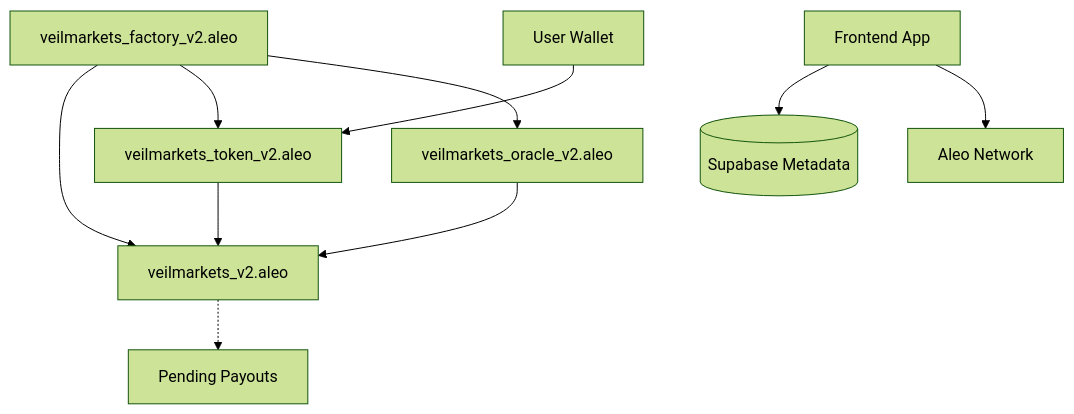
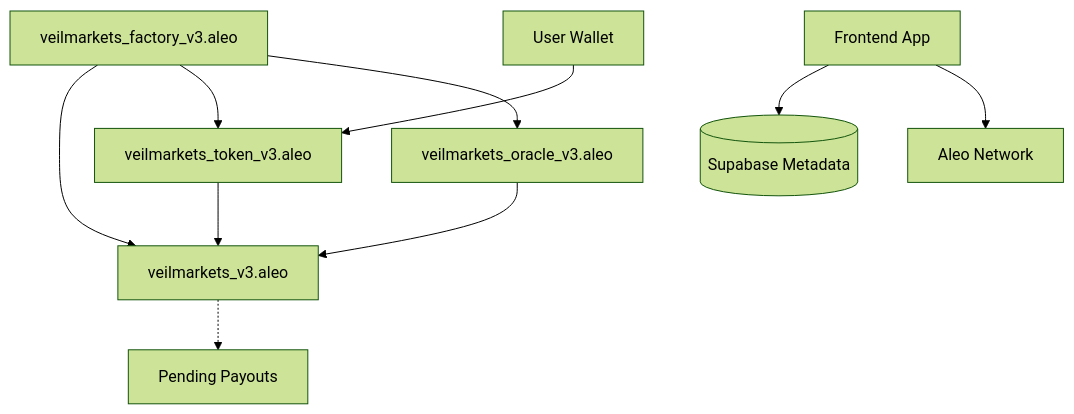
The diagram in README.md (Psalmuel01/VeilMarkets), drawn with Mermaid (forest theme) before and after one commit. The commit also changed other lines of this file and 12 other files, not shown here.

````diff
--- a/README.md
+++ b/README.md
@@ -74,14 +74,14 @@
 ```mermaid
 graph TD
-    Factory[veilmarkets_factory_v2.aleo] --> Core[veilmarkets_v2.aleo]
-    Factory --> Token[veilmarkets_token_v2.aleo]
-    Factory --> Oracle[veilmarkets_oracle_v2.aleo]
+    Factory[veilmarkets_factory_v3.aleo] --> Core[veilmarkets_v3.aleo]
+    Factory --> Token[veilmarkets_token_v3.aleo]
+    Factory --> Oracle[veilmarkets_oracle_v3.aleo]
     
     User[User Wallet] --> Token
     Token --> Core
     Core -.-> Pending[Pending Payouts]
     Oracle --> Core
     
     Frontend[Frontend App] --> Supabase[(Supabase Metadata)]
     Frontend --> Aleo[Aleo Network]
 ```
````
